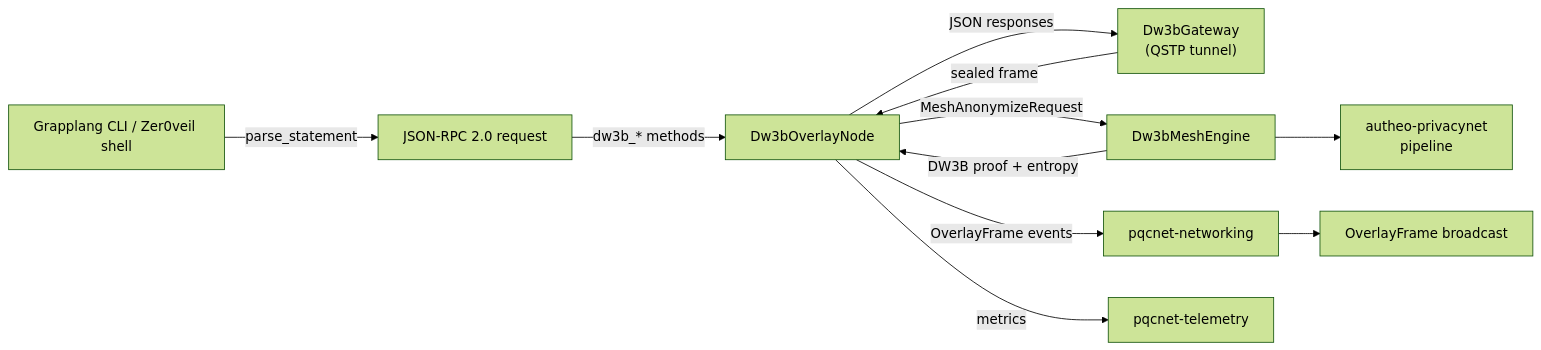
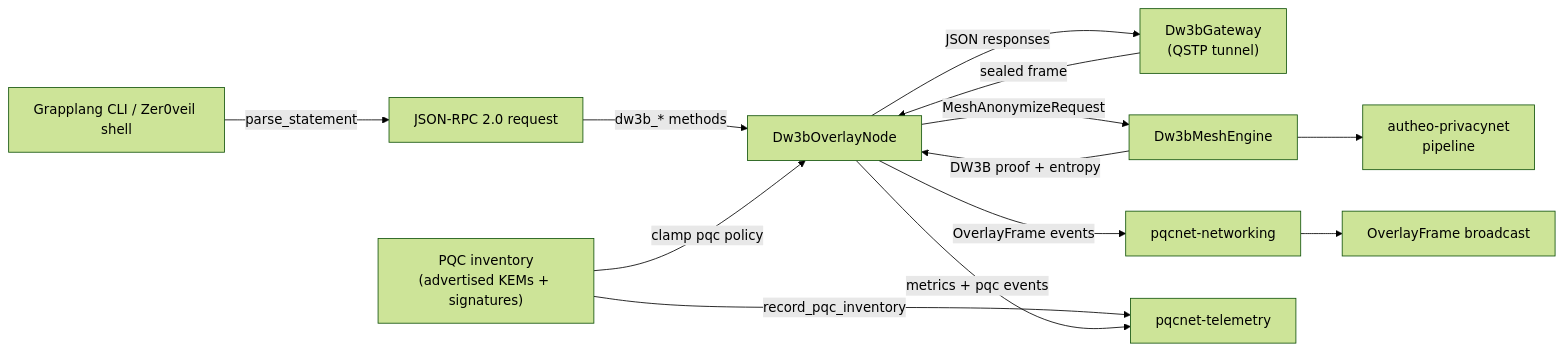
Before and after one commit to Lpierzina/pqc-tracing-bot: the diagram in pqcnet-contracts/autheo-dw3b-overlay/README.md, drawn with Mermaid. The commit also changed other lines of this file and 5 other files, not shown here.

First line of the commit message:
Update pqc readme and diagrams (#125)

````diff
--- a/pqcnet-contracts/autheo-dw3b-overlay/README.md
+++ b/pqcnet-contracts/autheo-dw3b-overlay/README.md
@@ -32,26 +68,29 @@
 ```mermaid
 ---
 config:
   theme: forest
 ---
 flowchart LR
     Grapplang["Grapplang CLI / Zer0veil shell"]
     JsonRpc["JSON-RPC 2.0 request"]
+    PqcConfig["PQC inventory\n(advertised KEMs + signatures)"]
     Gateway["Dw3bGateway\n(QSTP tunnel)"]
     Overlay["Dw3bOverlayNode"]
     Mesh["Dw3bMeshEngine"]
     PrivacyNet["autheo-privacynet\npipeline"]
     Networking["pqcnet-networking"]
     Telemetry["pqcnet-telemetry"]
     Frames["OverlayFrame broadcast"]
 
     Grapplang -->|parse_statement| JsonRpc
     JsonRpc -->|dw3b_* methods| Overlay
+    PqcConfig -->|record_pqc_inventory| Telemetry
+    PqcConfig -->|clamp pqc policy| Overlay
     Gateway -->|sealed frame| Overlay
     Overlay -->|MeshAnonymizeRequest| Mesh
     Mesh -->|DW3B proof + entropy| Overlay
     Mesh --> PrivacyNet
     Overlay -->|OverlayFrame events| Networking --> Frames
-    Overlay -->|metrics| Telemetry
+    Overlay -->|metrics + pqc events| Telemetry
     Overlay -->|JSON responses| Gateway
 ```
````
